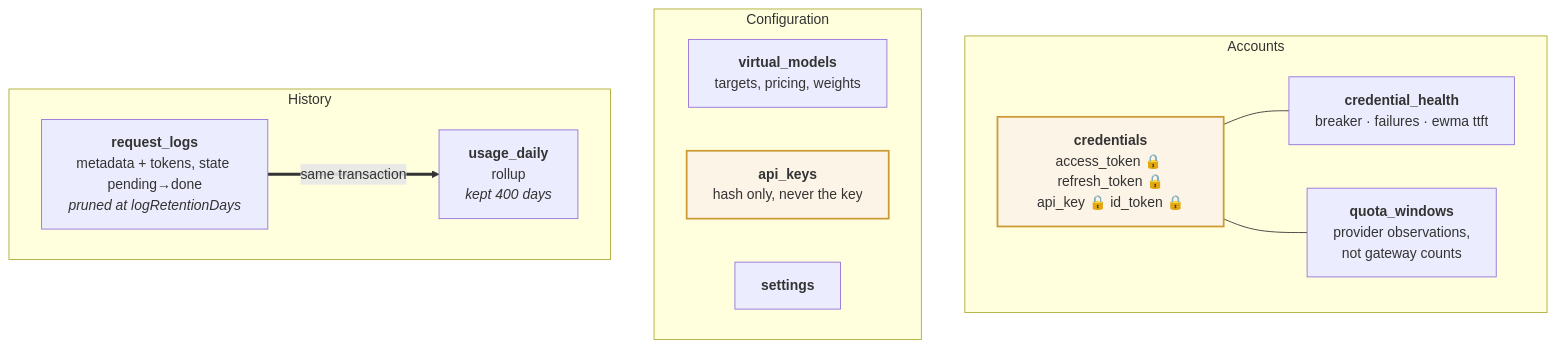
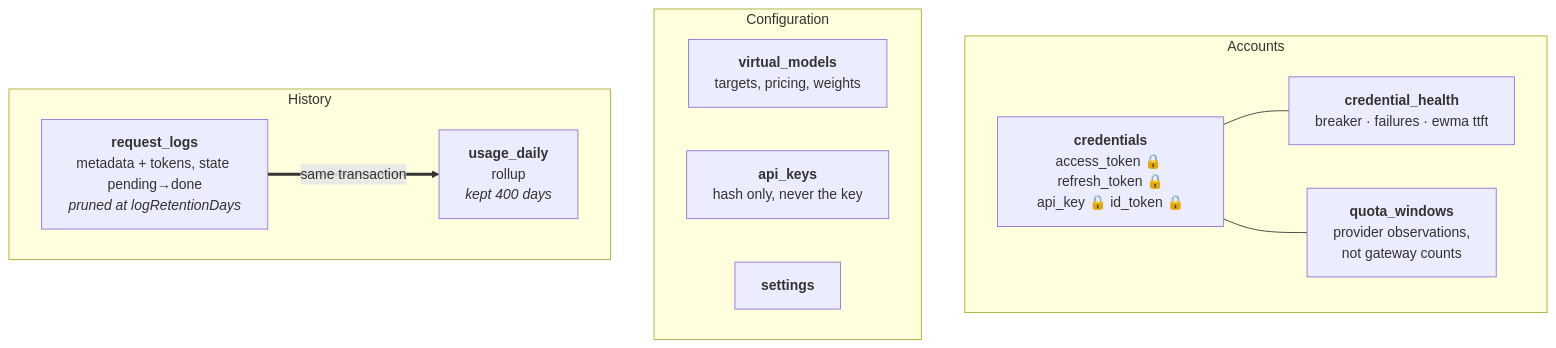
The fifth of 7 diagrams in ARCHITECTURE.md (harismawan/omnigateway), drawn with Mermaid before and after one commit. The commit also changed other lines of this file and 1 other file, not shown here.

First line of the commit message:
docs: use a single box colour in all diagrams

````diff
--- a/ARCHITECTURE.md
+++ b/ARCHITECTURE.md
@@ -183,26 +170,23 @@
 ```mermaid
 flowchart TB
   subgraph accounts[Accounts]
     cred["<b>credentials</b><br/>access_token 🔒 refresh_token 🔒<br/>api_key 🔒 id_token 🔒"]
     health["<b>credential_health</b><br/>breaker · failures · ewma ttft"]
     quota["<b>quota_windows</b><br/>provider observations,<br/>not gateway counts"]
   end
 
   subgraph config[Configuration]
     vm["<b>virtual_models</b><br/>targets, pricing, weights"]
     keys["<b>api_keys</b><br/>hash only, never the key"]
     settings["<b>settings</b>"]
   end
 
   subgraph history[History]
     logs["<b>request_logs</b><br/>metadata + tokens, state pending→done<br/><i>pruned at logRetentionDays</i>"]
     daily["<b>usage_daily</b><br/>rollup<br/><i>kept 400 days</i>"]
   end
 
   cred --- health
   cred --- quota
   logs == "same transaction" ==> daily
-
-  classDef sec fill:#fdf4e8,stroke:#c93,stroke-width:2px
-  class cred,keys sec
 ```
````
